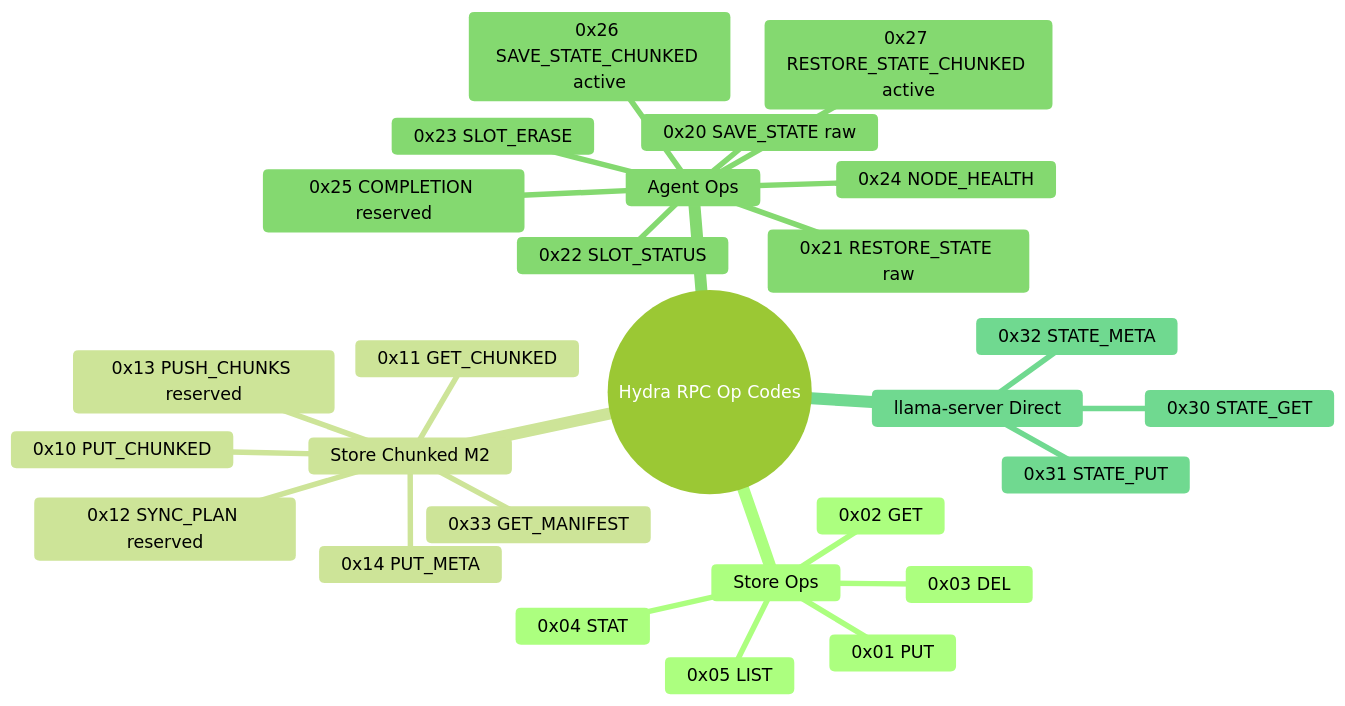
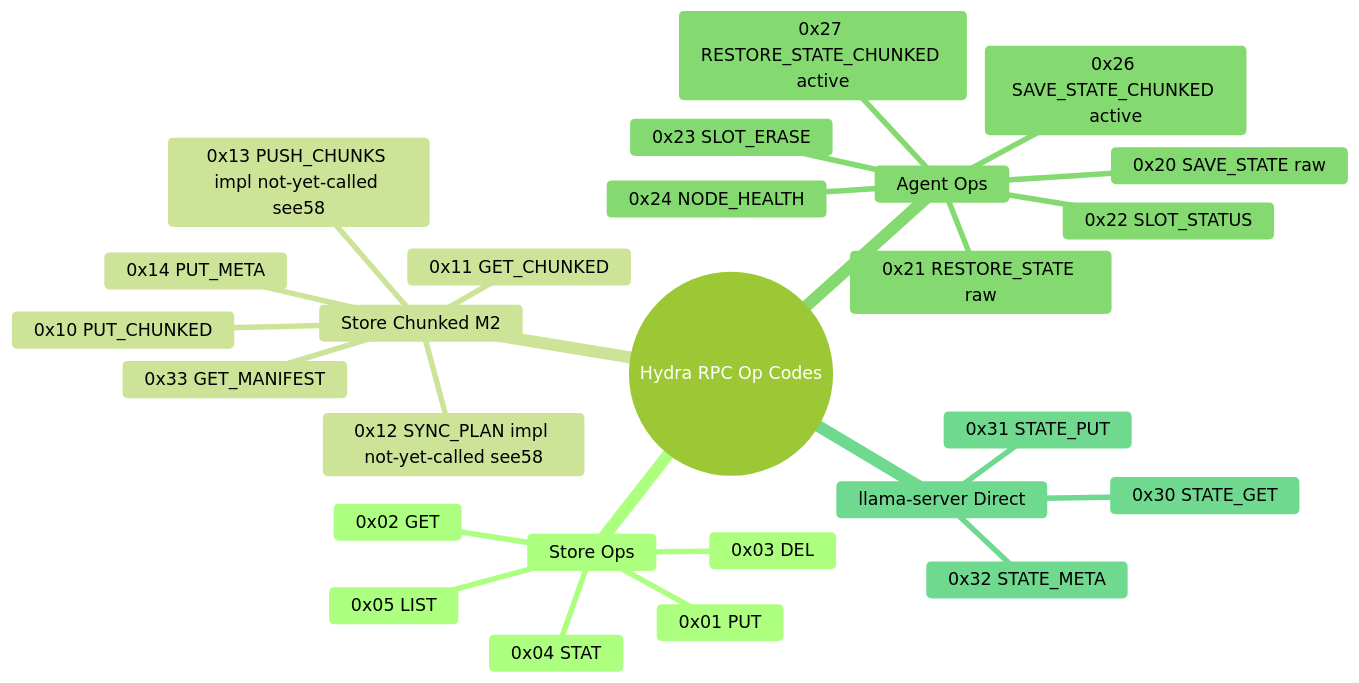
One commit to ddvnguyen/hydra_vortex changed the sixth of 14 diagrams in docs/diagrams.md. Above: the diagram before and after it, drawn with Mermaid (forest theme). The commit also changed other lines of this file and 8 other files, not shown here.

First line of the commit message:
fix: [M2] protocol hygiene — retire dead COMPLETION 0x25, sync enums

````diff
--- a/docs/diagrams.md
+++ b/docs/diagrams.md
@@ -168,30 +166,29 @@
 ```mermaid
 mindmap
   root((Hydra RPC Op Codes))
     Store Ops
       0x01 PUT
       0x02 GET
       0x03 DEL
       0x04 STAT
       0x05 LIST
     Store Chunked M2
       0x10 PUT_CHUNKED
       0x11 GET_CHUNKED
-      0x12 SYNC_PLAN reserved
-      0x13 PUSH_CHUNKS reserved
+      0x12 SYNC_PLAN impl not-yet-called see58
+      0x13 PUSH_CHUNKS impl not-yet-called see58
       0x14 PUT_META
       0x33 GET_MANIFEST
     Agent Ops
       0x20 SAVE_STATE raw
       0x21 RESTORE_STATE raw
       0x22 SLOT_STATUS
       0x23 SLOT_ERASE
       0x24 NODE_HEALTH
-      0x25 COMPLETION reserved
       0x26 SAVE_STATE_CHUNKED active
       0x27 RESTORE_STATE_CHUNKED active
     llama-server Direct
       0x30 STATE_GET
       0x31 STATE_PUT
       0x32 STATE_META
 ```
````
